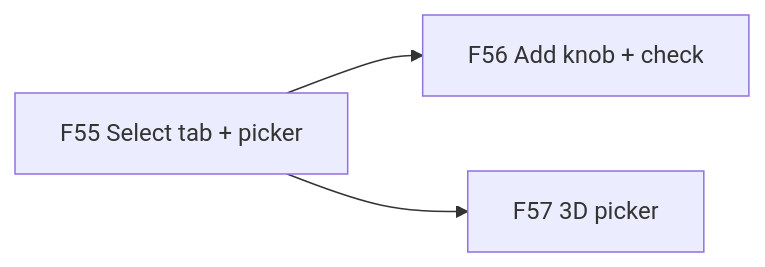
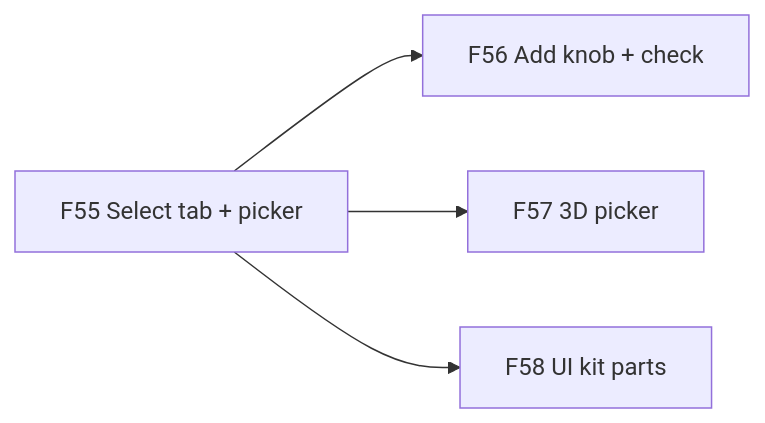
Before and after one commit to TheBlueMuzzy/framework: the sixth of 6 diagrams in .planning/ROADMAP.md, drawn with Mermaid. The commit also changed other lines of this file and 18 other files, not shown here.

````diff
--- a/.planning/ROADMAP.md
+++ b/.planning/ROADMAP.md
@@ -129,5 +130,6 @@
 ```mermaid
 flowchart LR
   F55[F55 Select tab + picker] --> F56[F56 Add knob + check]
   F55 --> F57[F57 3D picker]
+  F55 --> F58[F58 UI kit parts]
 ```
````
